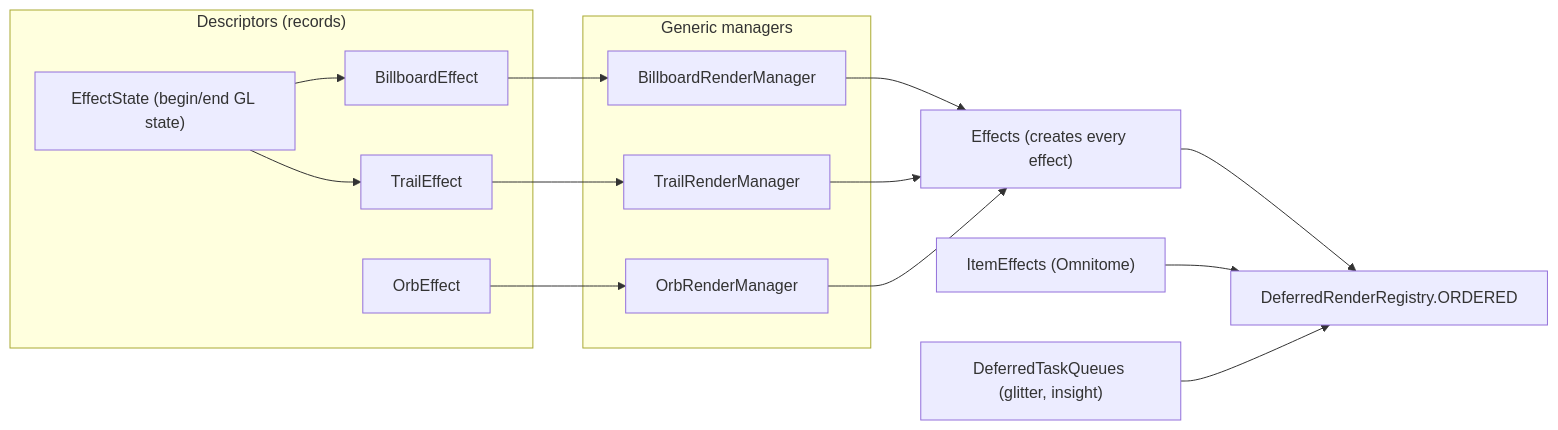
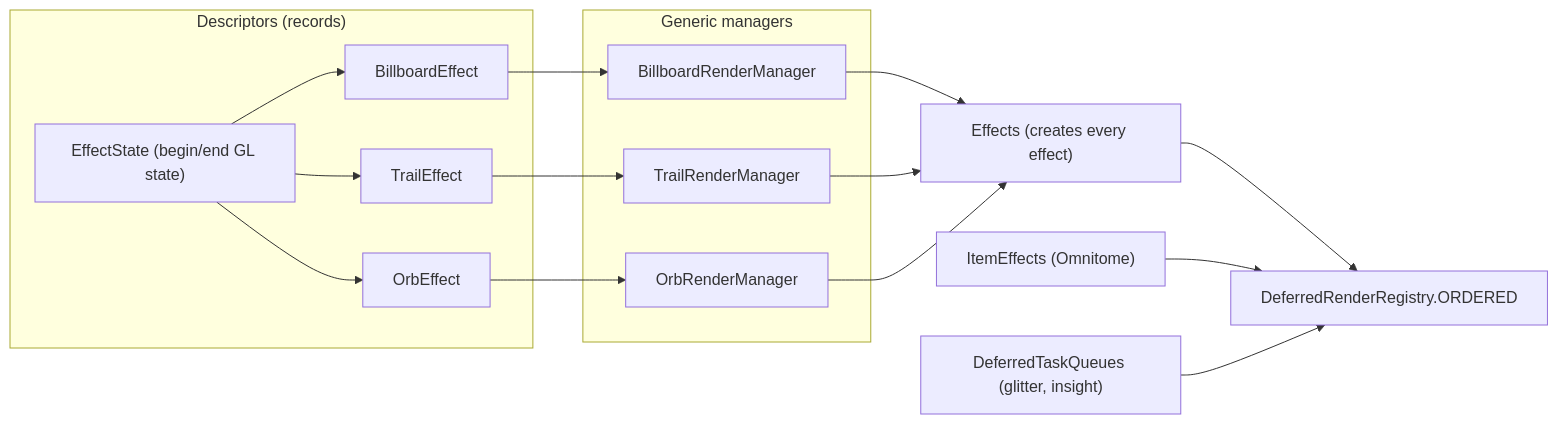
Before and after one commit to AgusDropOut/BloodyHell-1.20.1: the third of 4 diagrams in docs/RENDER_ARCHITECTURE.md, drawn with Mermaid. The commit also changed 6 other files, not shown here.

````diff
--- a/docs/RENDER_ARCHITECTURE.md
+++ b/docs/RENDER_ARCHITECTURE.md
@@ -81,31 +81,32 @@
 ```mermaid
 flowchart LR
     subgraph CONFIG["Descriptors (records)"]
         BE["BillboardEffect"]
         TE["TrailEffect"]
         OE["OrbEffect"]
         ES["EffectState (begin/end GL state)"]
     end
     subgraph GENERIC["Generic managers"]
         BM["BillboardRenderManager"]
         TM["TrailRenderManager"]
         OM["OrbRenderManager"]
     end
     BE --> BM
     TE --> TM
     OE --> OM
     ES --> BE
     ES --> TE
+    ES --> OE
 
     EF["Effects (creates every effect)"]
     BM --> EF
     TM --> EF
     OM --> EF
     IEF["ItemEffects (Omnitome)"]
     DTQ["DeferredTaskQueues (glitter, insight)"]
 
     REG["DeferredRenderRegistry.ORDERED"]
     EF --> REG
     IEF --> REG
     DTQ --> REG
 ```
````
